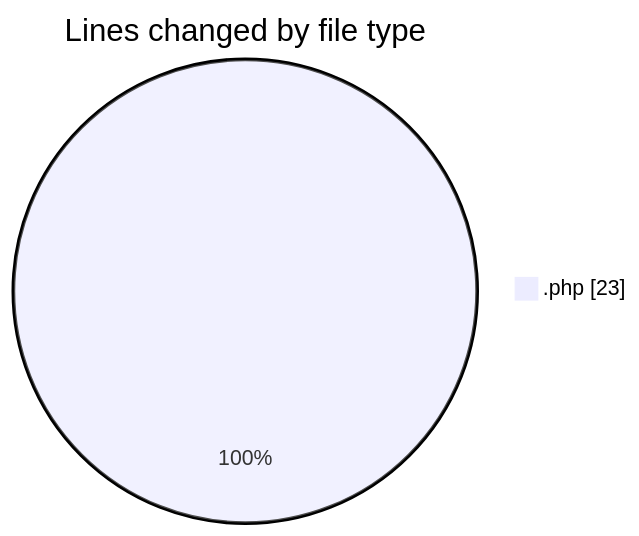
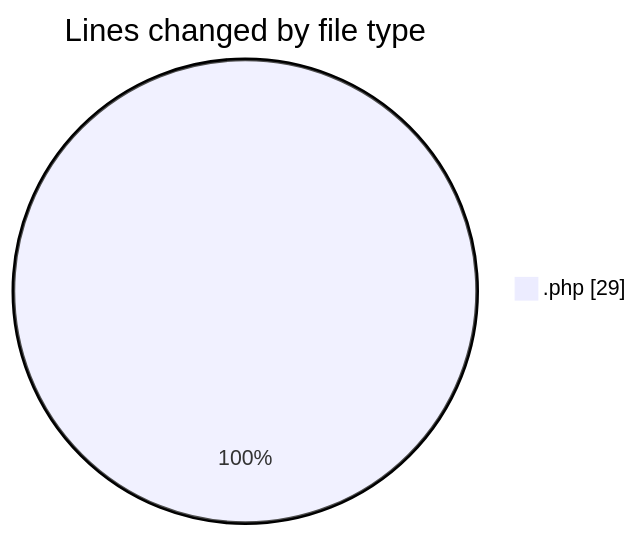
One commit to LanceThiago/code-tracking changed the first of 2 diagrams in 2025-06-26/oficina/README.md. Above: the diagram before and after it, drawn with Mermaid. The commit also changed other lines of this file and 1 other file, not shown here.

````diff
--- a/2025-06-26/oficina/README.md
+++ b/2025-06-26/oficina/README.md
@@ -20,5 +20,5 @@
 ```mermaid
 pie showData
 title Lines changed by file type
-".php" : 23
+".php" : 29
 ```
````
